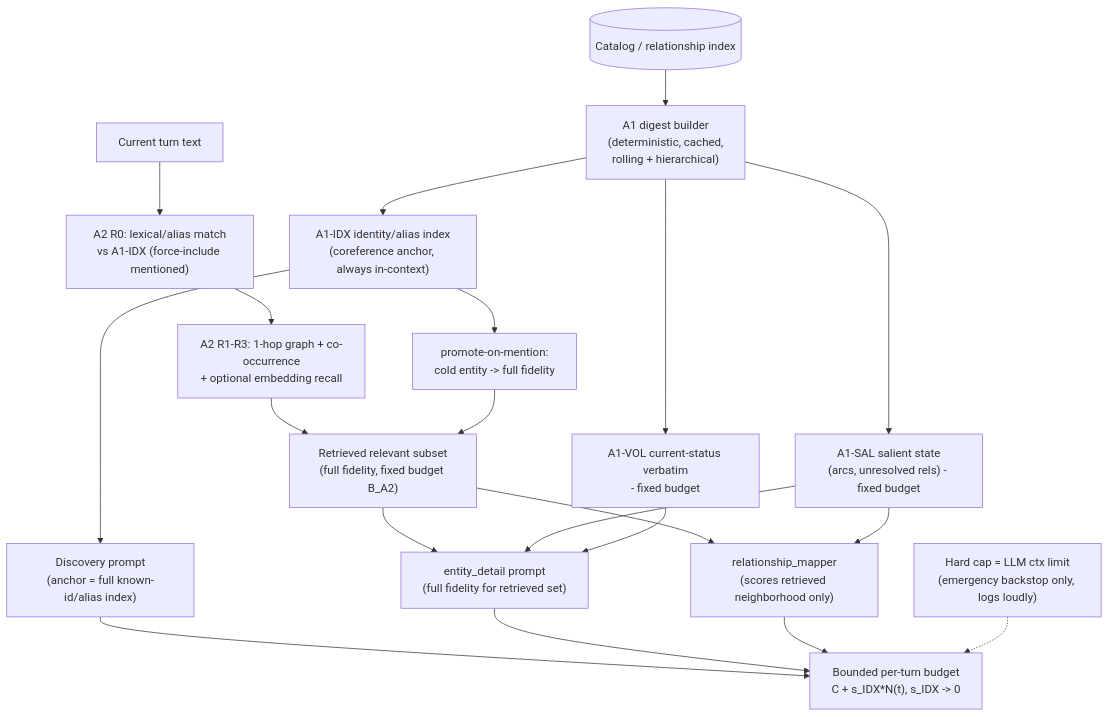
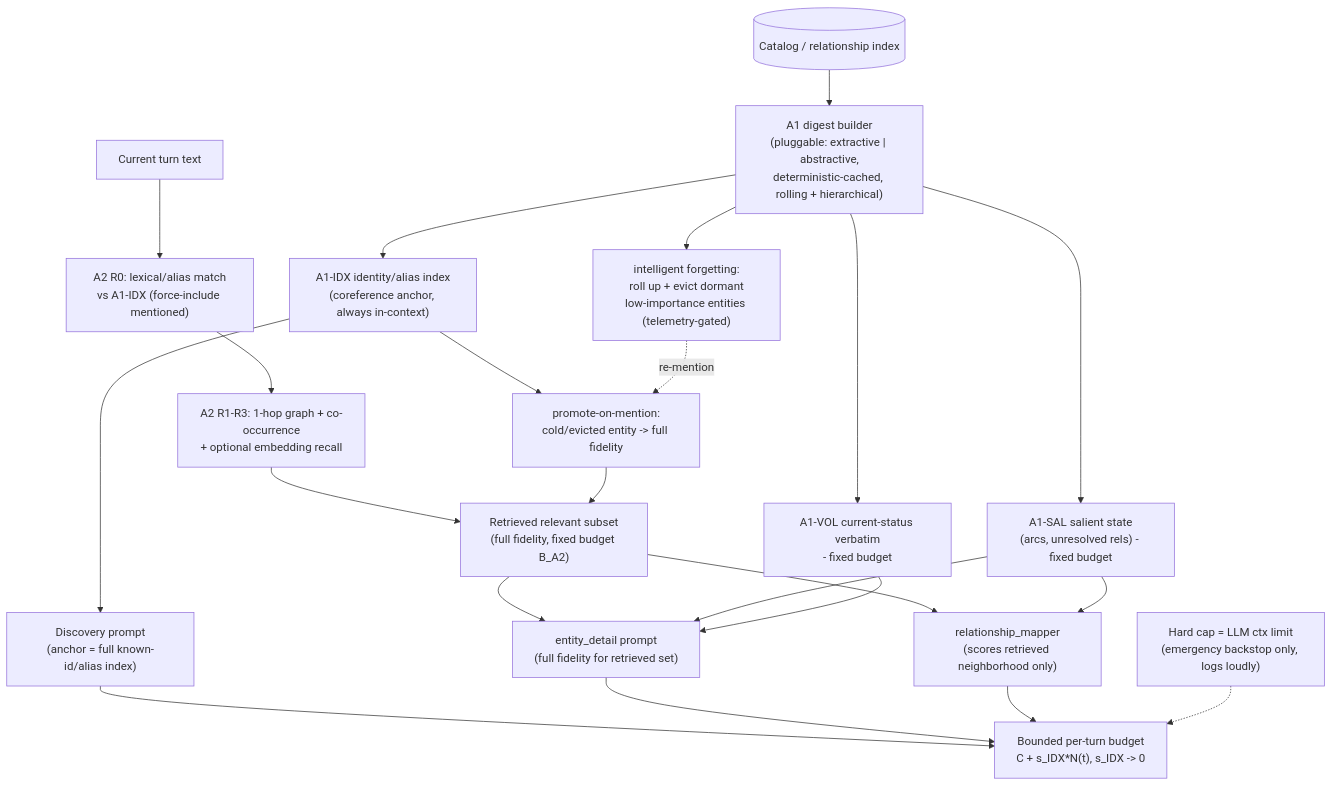
One commit to daviburg/narrative-state-engine changed the diagram in docs/design-context-architecture-bounded.md. Above: the diagram before and after it, drawn with Mermaid. The commit also changed other lines of this file, not shown here.

First line of the commit message:
docs: fold intelligent forgetting + learn-as-you-go telemetry into A1+A2 design

````diff
--- a/docs/design-context-architecture-bounded.md
+++ b/docs/design-context-architecture-bounded.md
@@ -330,26 +388,28 @@
 ```mermaid
 flowchart TD
     TT["Current turn text"] --> R0["A2 R0: lexical/alias match\nvs A1-IDX (force-include mentioned)"]
     R0 --> R1["A2 R1-R3: 1-hop graph + co-occurrence\n+ optional embedding recall"]
     R1 --> RET["Retrieved relevant subset\n(full fidelity, fixed budget B_A2)"]
 
-    CAT[("Catalog / relationship index")] --> DIG["A1 digest builder\n(deterministic, cached,\nrolling + hierarchical)"]
+    CAT[("Catalog / relationship index")] --> DIG["A1 digest builder\n(pluggable: extractive | abstractive,\ndeterministic-cached, rolling + hierarchical)"]
     DIG --> IDX["A1-IDX identity/alias index\n(coreference anchor, always in-context)"]
     DIG --> SAL["A1-SAL salient state\n(arcs, unresolved rels) - fixed budget"]
     DIG --> VOL["A1-VOL current-status verbatim\n- fixed budget"]
+    DIG --> EVICT["intelligent forgetting:\nroll up + evict dormant\nlow-importance entities (telemetry-gated)"]
 
-    IDX --> PROMO["promote-on-mention:\ncold entity -> full fidelity"]
+    IDX --> PROMO["promote-on-mention:\ncold/evicted entity -> full fidelity"]
+    EVICT -. "re-mention" .-> PROMO
     PROMO --> RET
 
     IDX --> DISC["Discovery prompt\n(anchor = full known-id/alias index)"]
     RET --> DETAIL["entity_detail prompt\n(full fidelity for retrieved set)"]
     SAL --> DETAIL
     VOL --> DETAIL
     RET --> RELMAP["relationship_mapper\n(scores retrieved neighborhood only)"]
     SAL --> RELMAP
 
     DISC --> BUD["Bounded per-turn budget\nC + s_IDX*N(t), s_IDX -> 0"]
     DETAIL --> BUD
     RELMAP --> BUD
     BACKSTOP["Hard cap = LLM ctx limit\n(emergency backstop only, logs loudly)"] -.-> BUD
 ```
````
